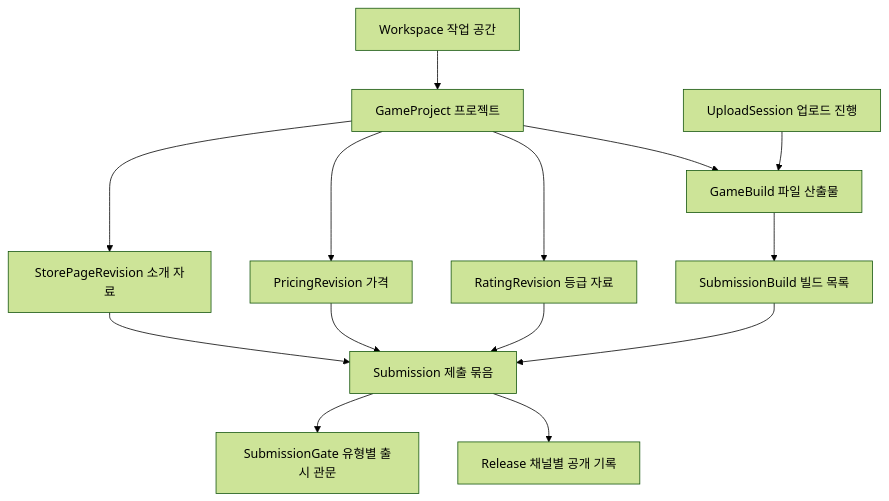
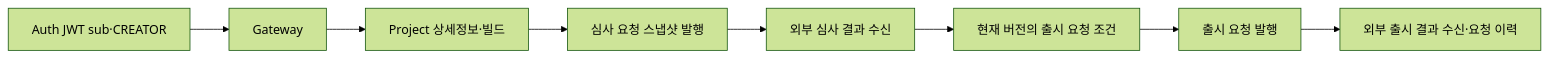
Before and after one commit to tlswltjq/esd-platform: the diagram in docs/domain/models/studio.md, drawn with Mermaid (forest theme). The commit also changed other lines of this file and 257 other files, not shown here.

````diff
--- a/docs/domain/models/studio.md
+++ b/docs/domain/models/studio.md
@@ -20,16 +9,10 @@
-```mermaid
-flowchart TD
-    W[Workspace 작업 공간] --> G[GameProject 프로젝트]
-    G --> M[StorePageRevision 소개 자료]
-    G --> P[PricingRevision 가격]
-    G --> R[RatingRevision 등급 자료]
-    G --> B[GameBuild 파일 산출물]
-    U[UploadSession 업로드 진행] --> B
-    M --> S[Submission 제출 묶음]
-    P --> S
-    R --> S
-    B --> SB[SubmissionBuild 빌드 목록]
-    SB --> S
-    S --> T[SubmissionGate 유형별 출시 관문]
-    S --> L[Release 채널별 공개 기록]
-```
+~~~mermaid
+flowchart LR
+ A[Auth JWT sub·CREATOR] --> G[Gateway]
+ G --> P[Project 상세정보·빌드]
+ P --> R[심사 요청 스냅샷 발행]
+ R --> E[외부 심사 결과 수신]
+ E --> C[현재 버전의 출시 요청 조건]
+ C --> L[출시 요청 발행]
+ L --> F[외부 출시 결과 수신·요청 이력]
+~~~
````
